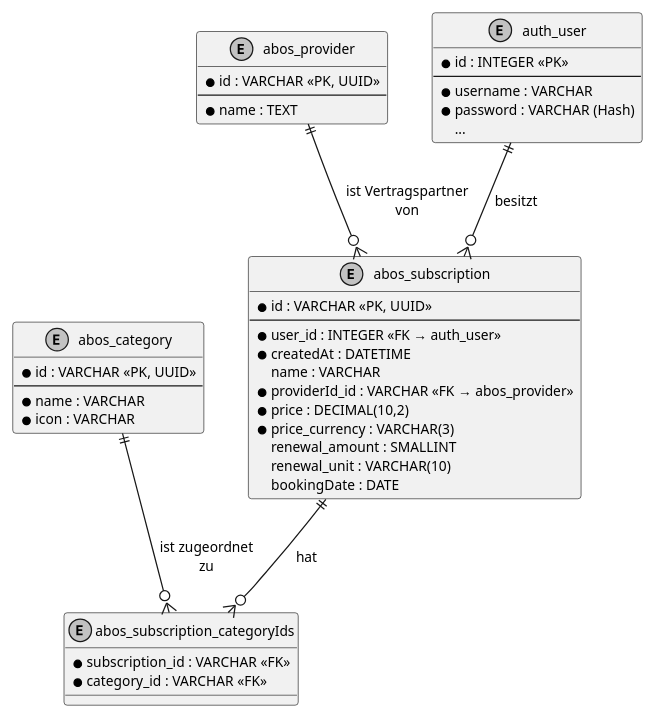
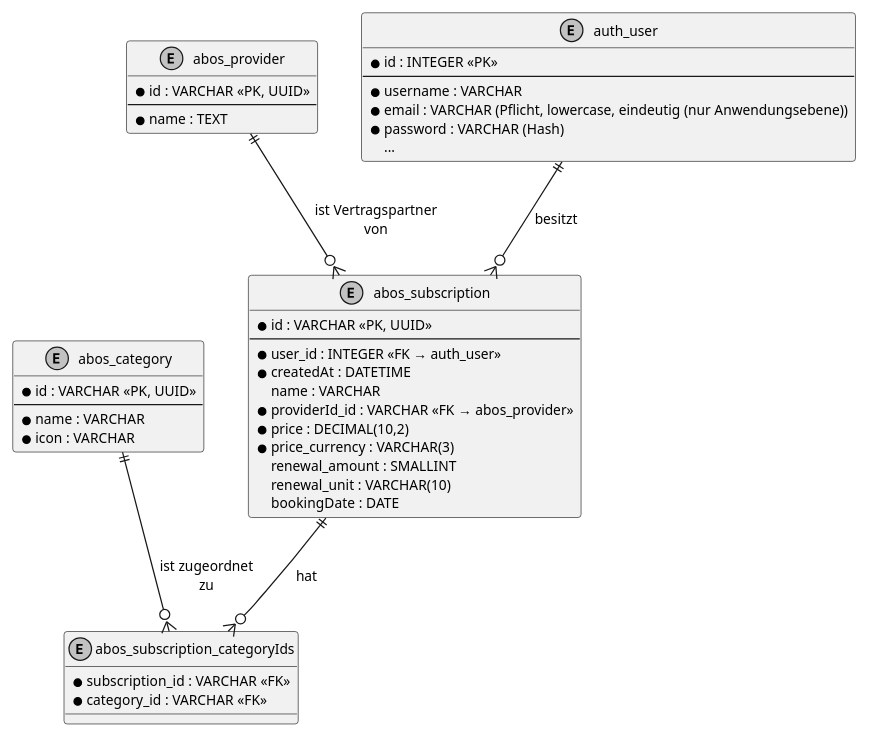
The fourth of 4 diagrams in docs/technical/design.adoc (SE-Team-E1/SE-SubscriptionGuard), drawn with PlantUML before and after one commit. The commit also changed other lines of this file, not shown here.

Commit message:
docs: #141 document email-or-username login in design

```diff
--- a/docs/technical/design.adoc
+++ b/docs/technical/design.adoc
@@ -299,53 +299,54 @@
 [plantuml, data-model, svg]
 ....
 @startuml
 skinparam monochrome true
 skinparam defaultFontSize 11
 
 entity "abos_category" as cat {
   * id : VARCHAR <<PK, UUID>>
   --
   * name : VARCHAR
   * icon : VARCHAR
 }
 
 entity "abos_provider" as prov {
   * id : VARCHAR <<PK, UUID>>
   --
   * name : TEXT
 }
 
 entity "abos_subscription" as sub {
   * id : VARCHAR <<PK, UUID>>
   --
   * user_id : INTEGER <<FK → auth_user>>
   * createdAt : DATETIME
   name : VARCHAR
   * providerId_id : VARCHAR <<FK → abos_provider>>
   * price : DECIMAL(10,2)
   * price_currency : VARCHAR(3)
   renewal_amount : SMALLINT
   renewal_unit : VARCHAR(10)
   bookingDate : DATE
 }
 
 entity "abos_subscription_categoryIds" as sub_cat {
   * subscription_id : VARCHAR <<FK>>
   * category_id : VARCHAR <<FK>>
 }
 
 entity "auth_user" as user {
   * id : INTEGER <<PK>>
   --
   * username : VARCHAR
+  * email : VARCHAR (Pflicht, lowercase, eindeutig (nur Anwendungsebene))
   * password : VARCHAR (Hash)
   ...
 }
 
 user ||--o{ sub : "besitzt"
 prov ||--o{ sub : "ist Vertragspartner\nvon"
 sub ||--o{ sub_cat : "hat"
 cat ||--o{ sub_cat : "ist zugeordnet\nzu"
 
 @enduml
 ....
```
